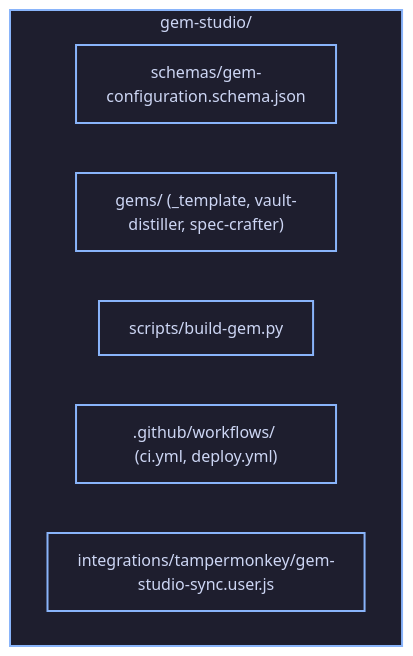
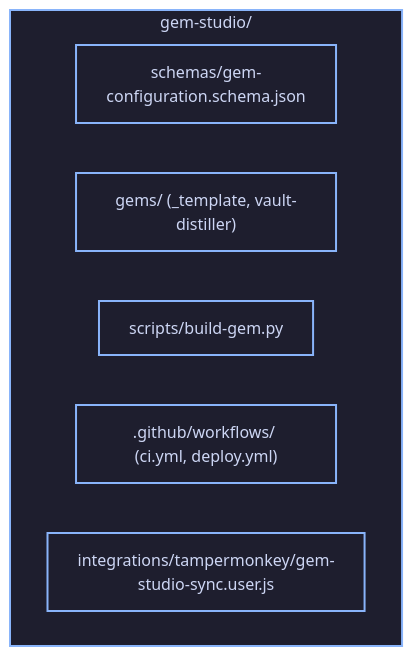
Before and after one commit to rmasabela/tech-articles: the diagram in gemstudio-01/diagrams/fig2_repo_tree.mmd, drawn with Mermaid (neutral theme). The commit also changed 2 other files, not shown here.

Commit message:
fix(diagrams,docs): sanitize public architecture tree and remove private hostnames
- Remove spec-crafter from fig2 Mermaid diagram definition and recompile fig_02 PNG.
- Neutralize private hostnames in delivery 08 roadmap in favor of cross-platform macOS and Windows/WSL2.
- Ensure strict diagram-to-prose consistency across all public assets.

```diff
--- a/gemstudio-01/diagrams/fig2_repo_tree.mmd
+++ b/gemstudio-01/diagrams/fig2_repo_tree.mmd
@@ -1,11 +1,11 @@
 graph TD
     subgraph Repo["gem-studio/"]
         S["schemas/gem-configuration.schema.json"]
-        G["gems/ (_template, vault-distiller, spec-crafter)"]
+        G["gems/ (_template, vault-distiller)"]
         SC["scripts/build-gem.py"]
         WF[".github/workflows/ (ci.yml, deploy.yml)"]
         TM["integrations/tampermonkey/gem-studio-sync.user.js"]
     end
 
     classDef dir fill:#1e1e2e,stroke:#89b4fa,stroke-width:2px,color:#cdd6f4;
     class Repo,S,G,SC,WF,TM dir;
```
